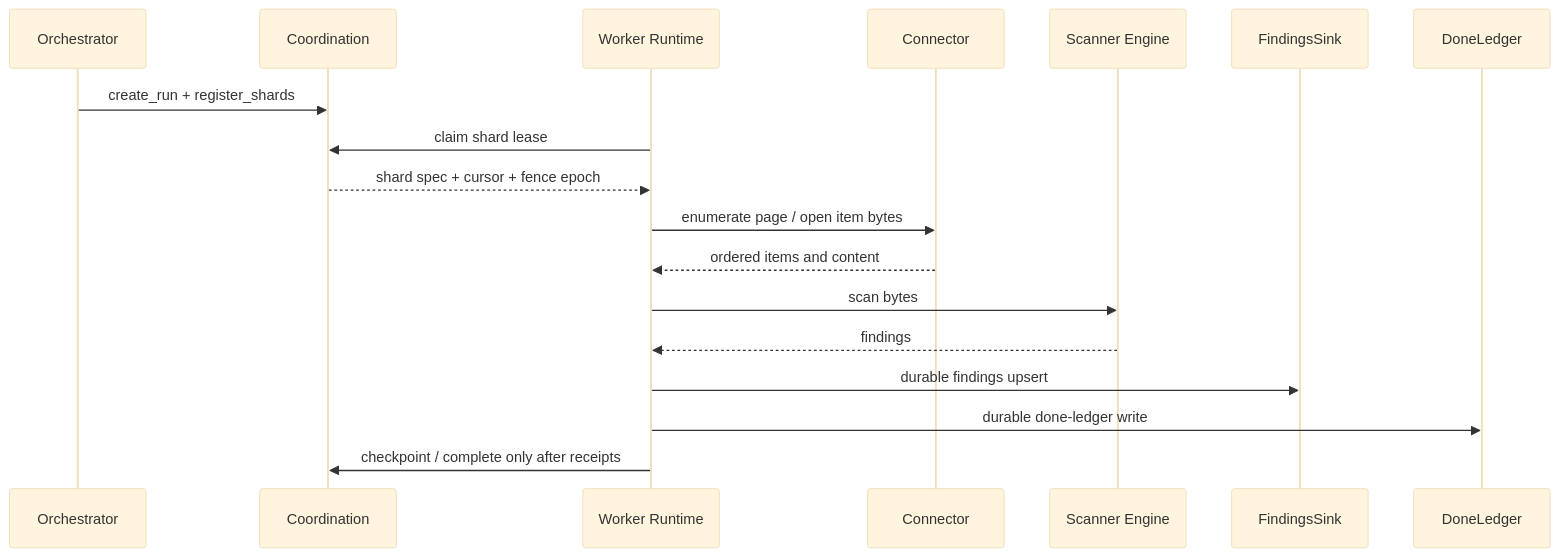
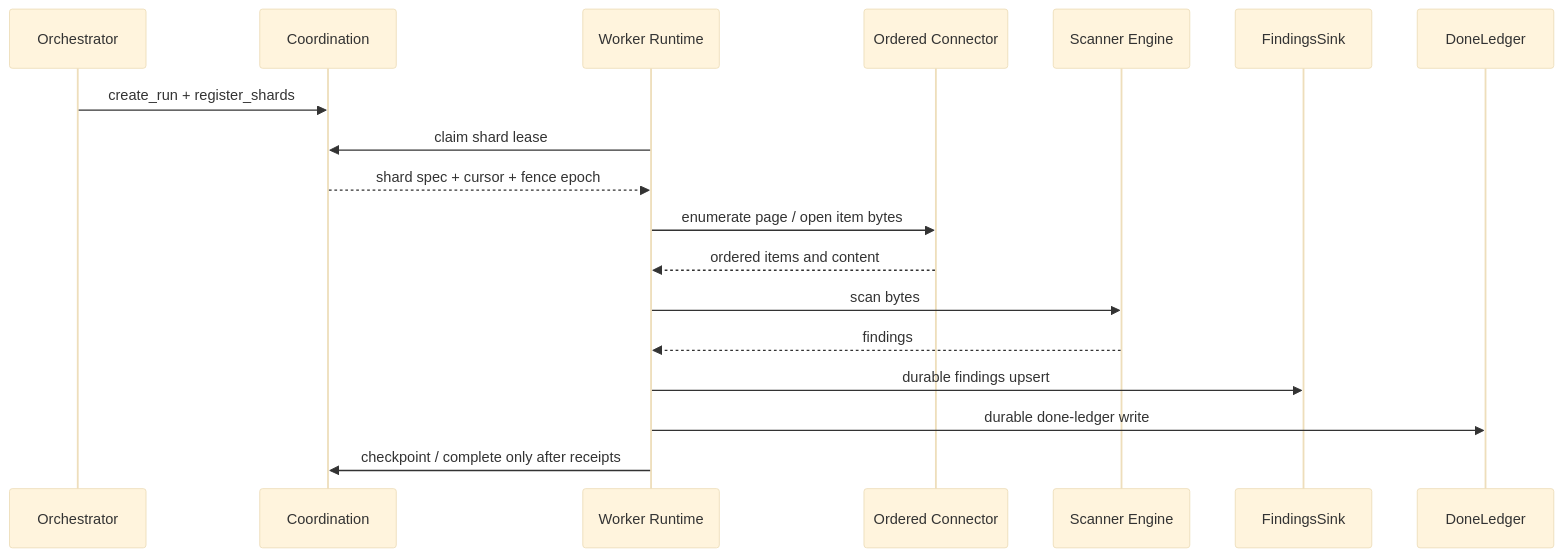
The third of 3 diagrams in 00-prologue/03-architecture-at-a-glance.md (ahrav/gossip-rs-learning-guide), drawn with Mermaid (base theme) before and after one commit. The commit also changed other lines of this file, not shown here.

````diff
--- a/00-prologue/03-architecture-at-a-glance.md
+++ b/00-prologue/03-architecture-at-a-glance.md
@@ -228,21 +228,21 @@
 ```mermaid
 sequenceDiagram
     participant OR as Orchestrator
     participant CO as Coordination
     participant WR as Worker Runtime
-    participant CN as Connector
+    participant CN as Ordered Connector
     participant EN as Scanner Engine
     participant FI as FindingsSink
     participant DL as DoneLedger
 
     OR->>CO: create_run + register_shards
     WR->>CO: claim shard lease
     CO-->>WR: shard spec + cursor + fence epoch
     WR->>CN: enumerate page / open item bytes
     CN-->>WR: ordered items and content
     WR->>EN: scan bytes
     EN-->>WR: findings
     WR->>FI: durable findings upsert
     WR->>DL: durable done-ledger write
     WR->>CO: checkpoint / complete only after receipts
 ```
````
